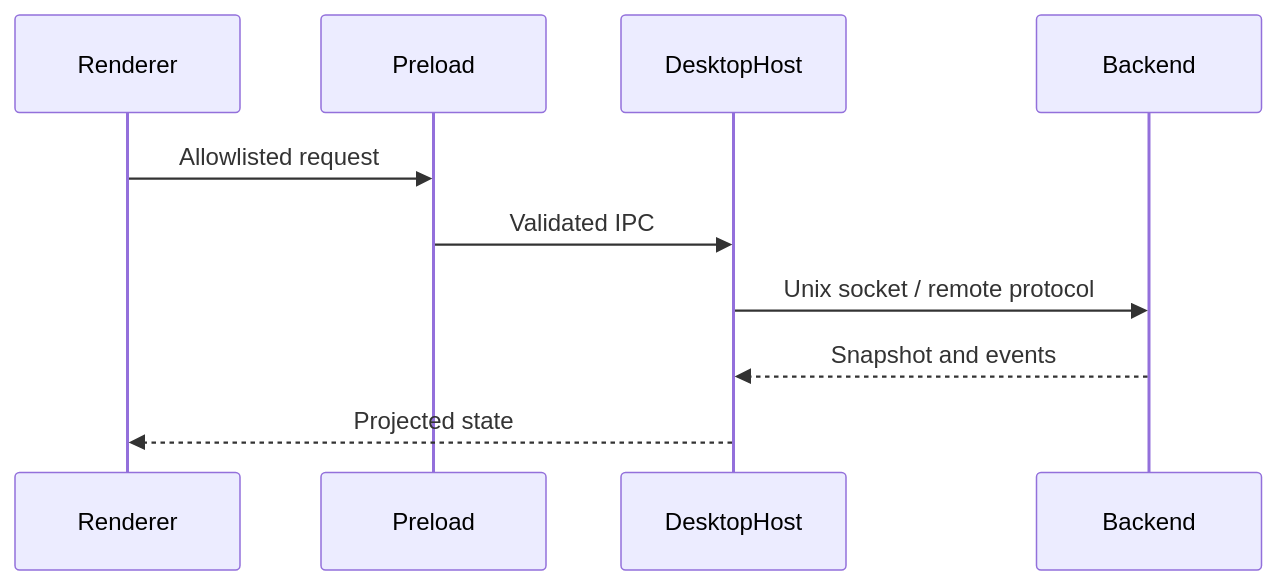
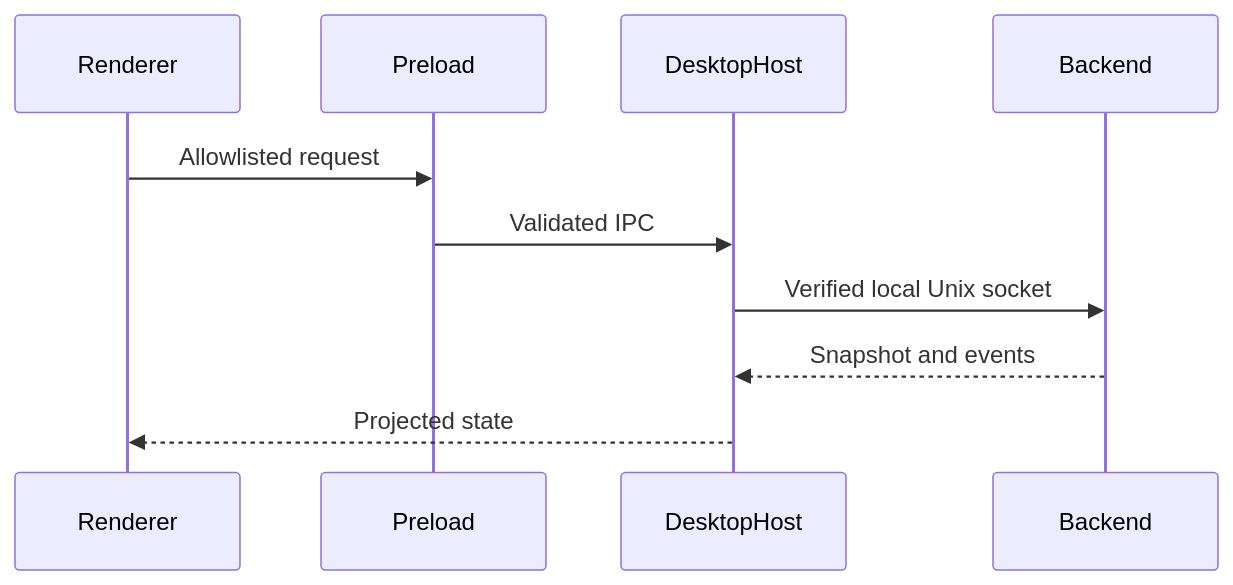
The second of 2 diagrams in docs/modules/desktop.md (num-lab/Ruukoto), drawn with Mermaid before and after one commit. The commit also changed other lines of this file and 977 other files, not shown here.

````diff
--- a/docs/modules/desktop.md
+++ b/docs/modules/desktop.md
@@ -96,12 +81,12 @@
 ```mermaid
 sequenceDiagram
   participant UI as Renderer
   participant Bridge as Preload
   participant Host as DesktopHost
   participant Backend
   UI->>Bridge: Allowlisted request
   Bridge->>Host: Validated IPC
-  Host->>Backend: Unix socket / remote protocol
+  Host->>Backend: Verified local Unix socket
   Backend-->>Host: Snapshot and events
   Host-->>UI: Projected state
 ```
````
